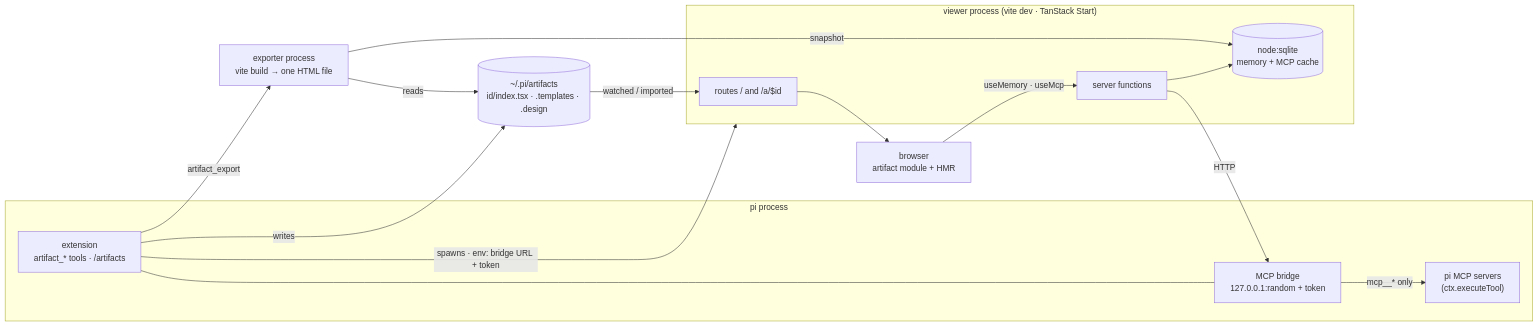
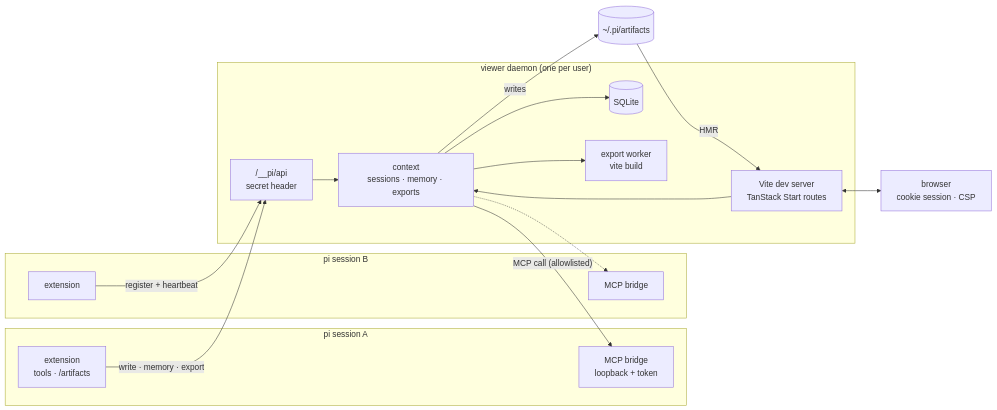
One commit to tesso57/artifact changed the first of 2 diagrams in README.md. Above: the diagram before and after it, drawn with Mermaid. The commit also changed other lines of this file and 175 other files, not shown here.

First line of the commit message:
refactor!: one installable pi package with a per-user viewer daemon

````diff
--- a/README.md
+++ b/README.md
@@ -137,31 +123,34 @@
 ```mermaid
 flowchart LR
-  subgraph pi["pi process"]
-    ext["extension<br/>artifact_* tools · /artifacts"]
-    bridge["MCP bridge<br/>127.0.0.1:random + token"]
-    mcp["pi MCP servers<br/>(ctx.executeTool)"]
-    ext --- bridge
-    bridge -- "mcp__* only" --> mcp
+  subgraph piA["pi session A"]
+    extA["extension<br/>tools · /artifacts"]
+    bridgeA["MCP bridge<br/>loopback + token"]
+  end
+  subgraph piB["pi session B"]
+    extB["extension"]
+    bridgeB["MCP bridge"]
   end
 
-  subgraph viewer["viewer process (vite dev · TanStack Start)"]
-    routes["routes / and /a/$id"]
-    fns["server functions"]
-    sqlite[("node:sqlite<br/>memory + MCP cache")]
-    fns --> sqlite
+  subgraph daemon["viewer daemon (one per user)"]
+    vite["Vite dev server<br/>TanStack Start routes"]
+    api["/__pi/api<br/>secret header"]
+    ctx["context<br/>sessions · memory · exports"]
+    sqlite[("SQLite")]
+    worker["export worker<br/>vite build"]
+    api --> ctx
+    vite --> ctx
+    ctx --> sqlite
+    ctx --> worker
   end
 
-  files[("~/.pi/artifacts<br/>id/index.tsx · .templates · .design")]
-  browser["browser<br/>artifact module + HMR"]
-  exporter["exporter process<br/>vite build → one HTML file"]
+  files[("~/.pi/artifacts")]
+  browser["browser<br/>cookie session · CSP"]
 
-  ext -- "writes" --> files
-  ext -- "spawns · env: bridge URL + token" --> viewer
-  ext -- "artifact_export" --> exporter
-  files -- "watched / imported" --> routes
-  routes --> browser
-  browser -- "useMemory · useMcp" --> fns
-  fns -- "HTTP" --> bridge
-  exporter -- "reads" --> files
-  exporter -- "snapshot" --> sqlite
+  extA -- "write · memory · export" --> api
+  extB -- "register + heartbeat" --> api
+  ctx -- "MCP call (allowlisted)" --> bridgeA
+  ctx -.-> bridgeB
+  ctx -- "writes" --> files
+  files -- "HMR" --> vite
+  vite <--> browser
 ```
````
